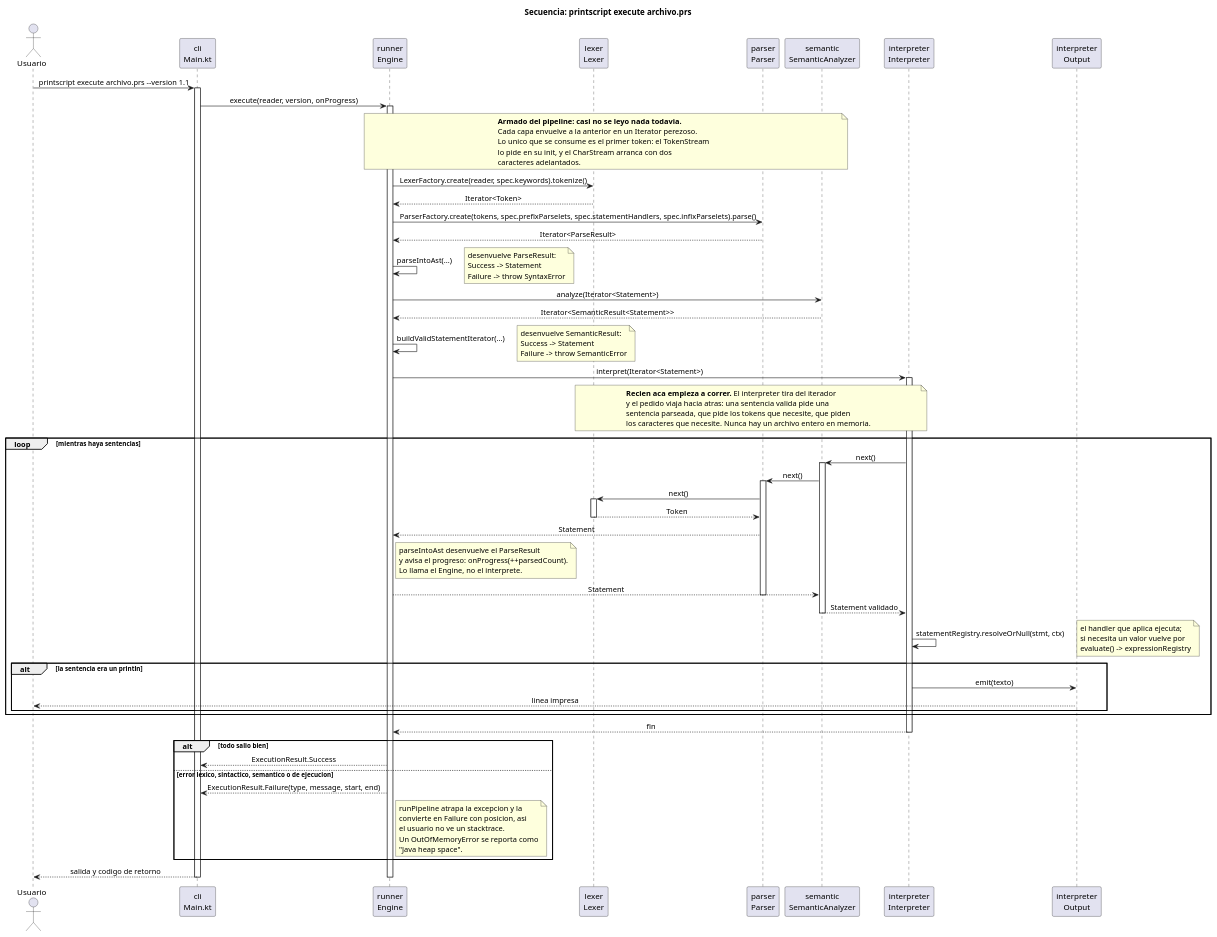
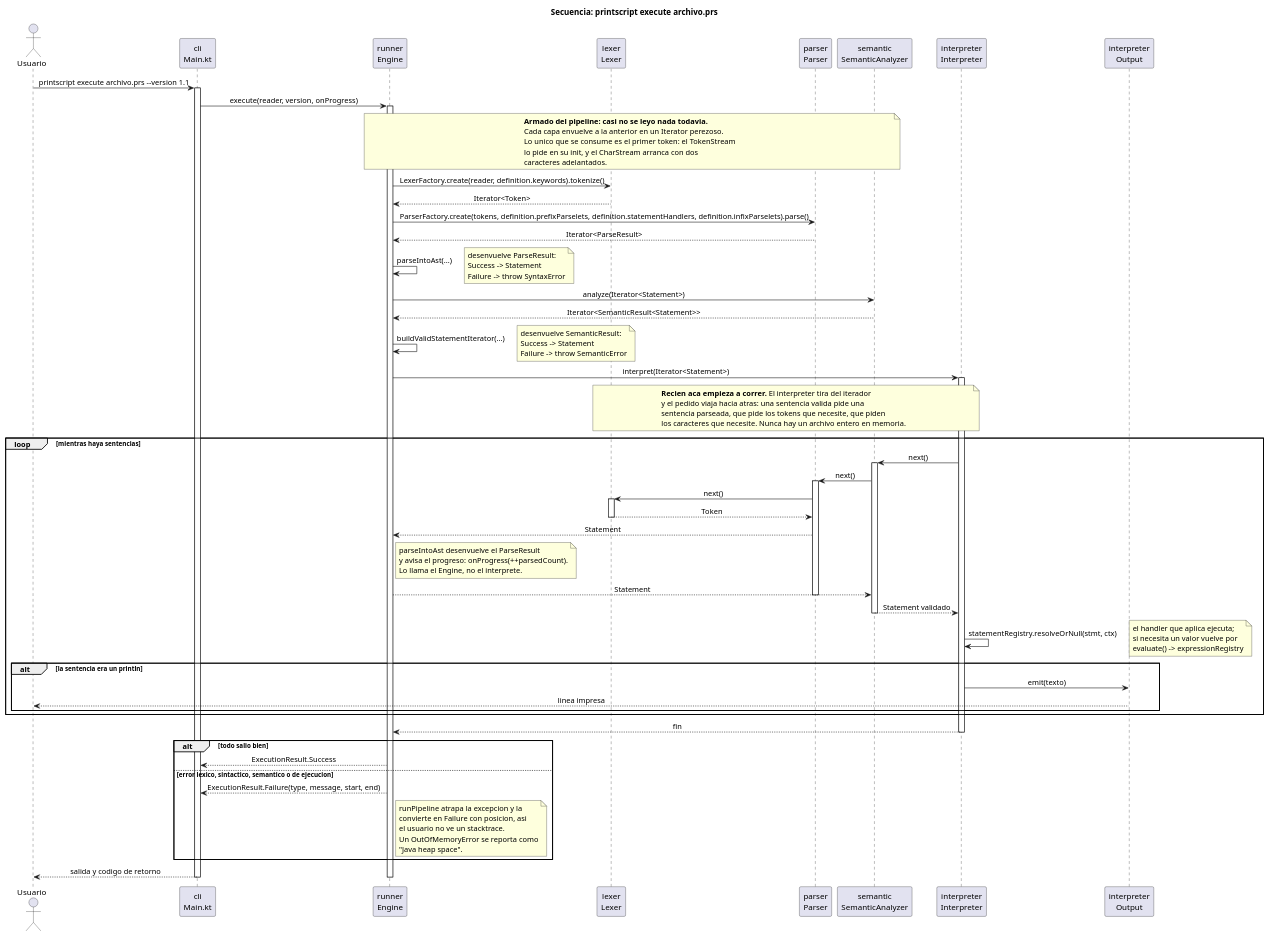
Before and after one commit to Ingsis-printscript-grupo3/printscript: the diagram in docs/secuencia-ejecucion.puml, drawn with PlantUML. The commit also changed 9 other files, not shown here.

Commit message:
refactor: unifico LanguageSpec en LanguageDefinition por version

```diff
--- a/docs/secuencia-ejecucion.puml
+++ b/docs/secuencia-ejecucion.puml
@@ -1,104 +1,104 @@
 @startuml PrintScript_Secuencia_Ejecucion
 
 title Secuencia: printscript execute archivo.prs
 
 skinparam sequenceMessageAlign center
 
 actor Usuario
 participant "cli\nMain.kt" as CLI
 participant "runner\nEngine" as ENGINE
 participant "lexer\nLexer" as LEXER
 participant "parser\nParser" as PARSER
 participant "semantic\nSemanticAnalyzer" as SEMANTIC
 participant "interpreter\nInterpreter" as INTERPRETER
 participant "interpreter\nOutput" as OUTPUT
 
 Usuario -> CLI : printscript execute archivo.prs --version 1.1
 activate CLI
 
 CLI -> ENGINE : execute(reader, version, onProgress)
 activate ENGINE
 
 note over ENGINE, SEMANTIC
   <b>Armado del pipeline: casi no se leyo nada todavia.</b>
   Cada capa envuelve a la anterior en un Iterator perezoso.
   Lo unico que se consume es el primer token: el TokenStream
   lo pide en su init, y el CharStream arranca con dos
   caracteres adelantados.
 end note
 
-ENGINE -> LEXER : LexerFactory.create(reader, spec.keywords).tokenize()
+ENGINE -> LEXER : LexerFactory.create(reader, definition.keywords).tokenize()
 LEXER --> ENGINE : Iterator<Token>
 
-ENGINE -> PARSER : ParserFactory.create(tokens, spec.prefixParselets, spec.statementHandlers, spec.infixParselets).parse()
+ENGINE -> PARSER : ParserFactory.create(tokens, definition.prefixParselets, definition.statementHandlers, definition.infixParselets).parse()
 PARSER --> ENGINE : Iterator<ParseResult>
 
 ENGINE -> ENGINE : parseIntoAst(...)
 note right: desenvuelve ParseResult:\nSuccess -> Statement\nFailure -> throw SyntaxError
 
 ENGINE -> SEMANTIC : analyze(Iterator<Statement>)
 SEMANTIC --> ENGINE : Iterator<SemanticResult<Statement>>
 
 ENGINE -> ENGINE : buildValidStatementIterator(...)
 note right: desenvuelve SemanticResult:\nSuccess -> Statement\nFailure -> throw SemanticError
 
 ENGINE -> INTERPRETER : interpret(Iterator<Statement>)
 activate INTERPRETER
 
 note over LEXER, INTERPRETER
   <b>Recien aca empieza a correr.</b> El interpreter tira del iterador
   y el pedido viaja hacia atras: una sentencia valida pide una
   sentencia parseada, que pide los tokens que necesite, que piden
   los caracteres que necesite. Nunca hay un archivo entero en memoria.
 end note
 
 loop mientras haya sentencias
   INTERPRETER -> SEMANTIC : next()
   activate SEMANTIC
   SEMANTIC -> PARSER : next()
   activate PARSER
   PARSER -> LEXER : next()
   activate LEXER
   LEXER --> PARSER : Token
   deactivate LEXER
   PARSER --> ENGINE : Statement
   note right of ENGINE
     parseIntoAst desenvuelve el ParseResult
     y avisa el progreso: onProgress(++parsedCount).
     Lo llama el Engine, no el interprete.
   end note
   ENGINE --> SEMANTIC : Statement
   deactivate PARSER
   SEMANTIC --> INTERPRETER : Statement validado
   deactivate SEMANTIC
 
   INTERPRETER -> INTERPRETER : statementRegistry.resolveOrNull(stmt, ctx)
   note right: el handler que aplica ejecuta;\nsi necesita un valor vuelve por\nevaluate() -> expressionRegistry
 
   alt la sentencia era un println
     INTERPRETER -> OUTPUT : emit(texto)
     OUTPUT --> Usuario : linea impresa
   end
 end
 
 INTERPRETER --> ENGINE : fin
 deactivate INTERPRETER
 
 alt todo salio bien
   ENGINE --> CLI : ExecutionResult.Success
 else error lexico, sintactico, semantico o de ejecucion
   ENGINE --> CLI : ExecutionResult.Failure(type, message, start, end)
   note right of ENGINE
     runPipeline atrapa la excepcion y la
     convierte en Failure con posicion, asi
     el usuario no ve un stacktrace.
     Un OutOfMemoryError se reporta como
     "Java heap space".
   end note
 end
 
 CLI --> Usuario : salida y codigo de retorno
 deactivate ENGINE
 deactivate CLI
 
 @enduml
```
